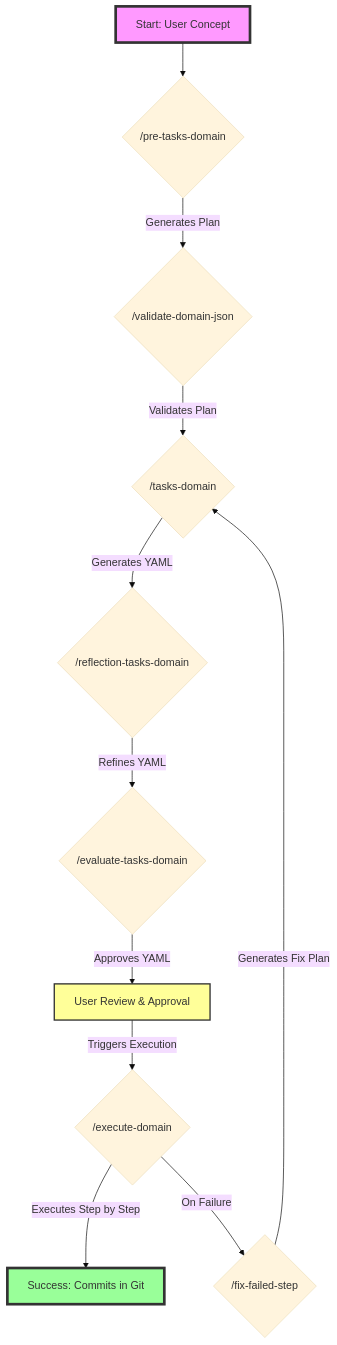
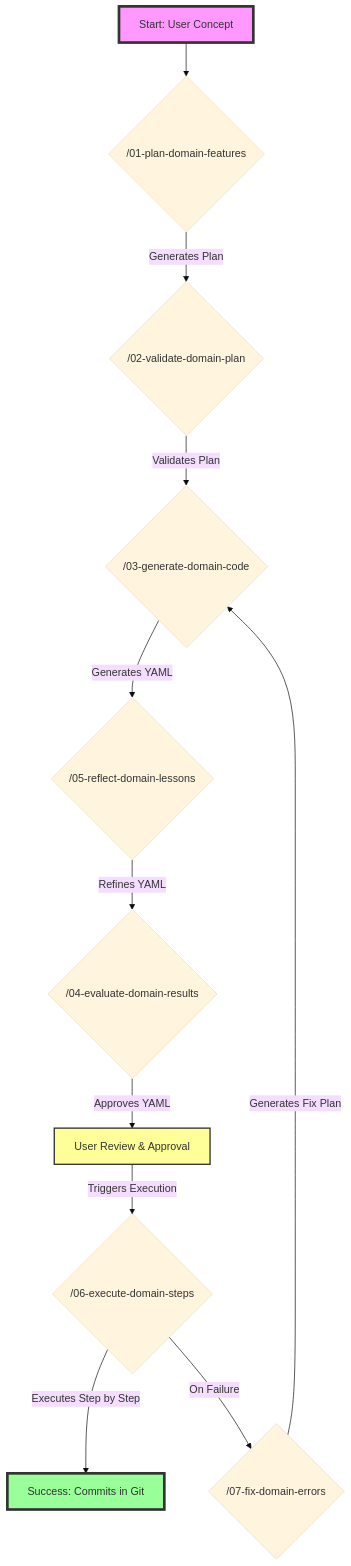
One commit to thiagobutignon/spec-kit-clean-archicteture changed the first of 2 diagrams in README.md. Above: the diagram before and after it, drawn with Mermaid (base theme). The commit also changed other lines of this file and 13 other files, not shown here.

````diff
--- a/README.md
+++ b/README.md
@@ -56,17 +56,17 @@
 ```mermaid
 graph TD
-    A[Start: User Concept] --> B{/pre-tasks-domain}
-    B -- "Generates Plan" --> C{/validate-domain-json}
-    C -- "Validates Plan" --> D{/tasks-domain}
-    D -- "Generates YAML" --> E{/reflection-tasks-domain}
-    E -- "Refines YAML" --> F{/evaluate-tasks-domain}
+    A[Start: User Concept] --> B{/01-plan-domain-features}
+    B -- "Generates Plan" --> C{/02-validate-domain-plan}
+    C -- "Validates Plan" --> D{/03-generate-domain-code}
+    D -- "Generates YAML" --> E{/05-reflect-domain-lessons}
+    E -- "Refines YAML" --> F{/04-evaluate-domain-results}
     F -- "Approves YAML" --> G[User Review & Approval]
-    G -- "Triggers Execution" --> H{/execute-domain}
+    G -- "Triggers Execution" --> H{/06-execute-domain-steps}
     H -- "Executes Step by Step" --> I[Success: Commits in Git]
-    H -- "On Failure" --> J{/fix-failed-step}
+    H -- "On Failure" --> J{/07-fix-domain-errors}
     J -- "Generates Fix Plan" --> D
 
     style A fill:#f9f,stroke:#333,stroke-width:4px
     style I fill:#9f9,stroke:#333,stroke-width:4px
     style G fill:#ff9,stroke:#333,stroke-width:2px
 ```
````
